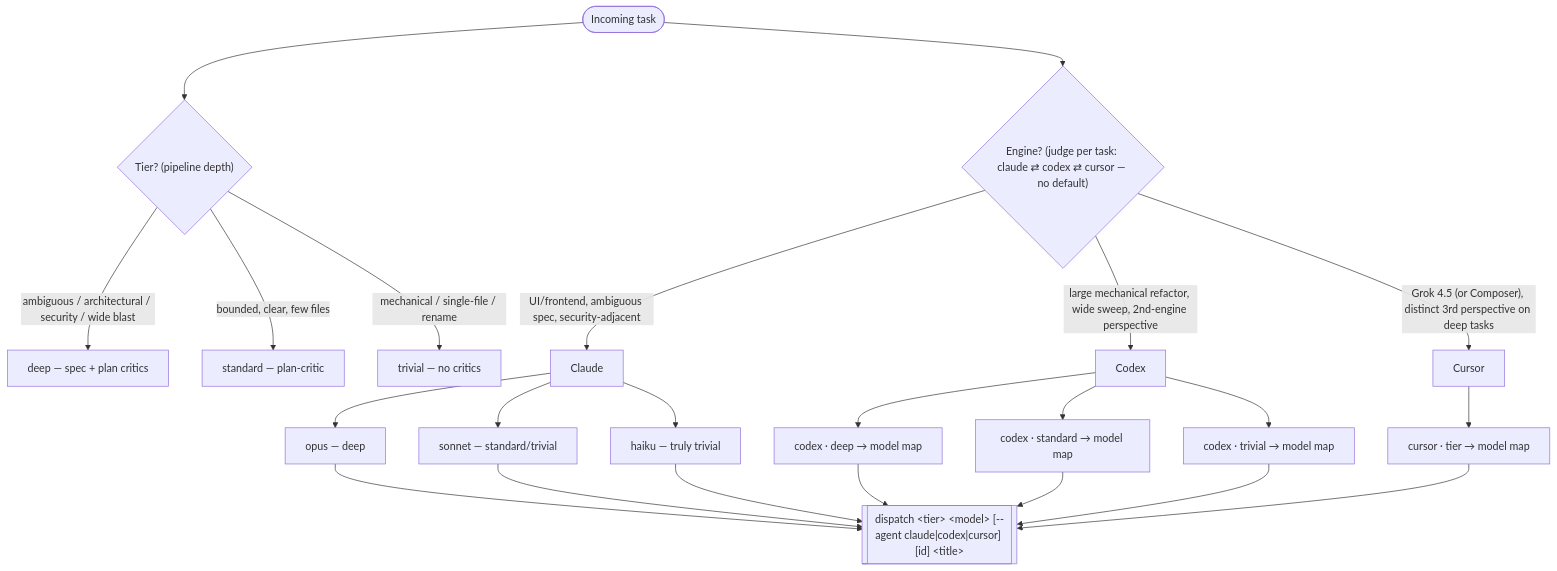
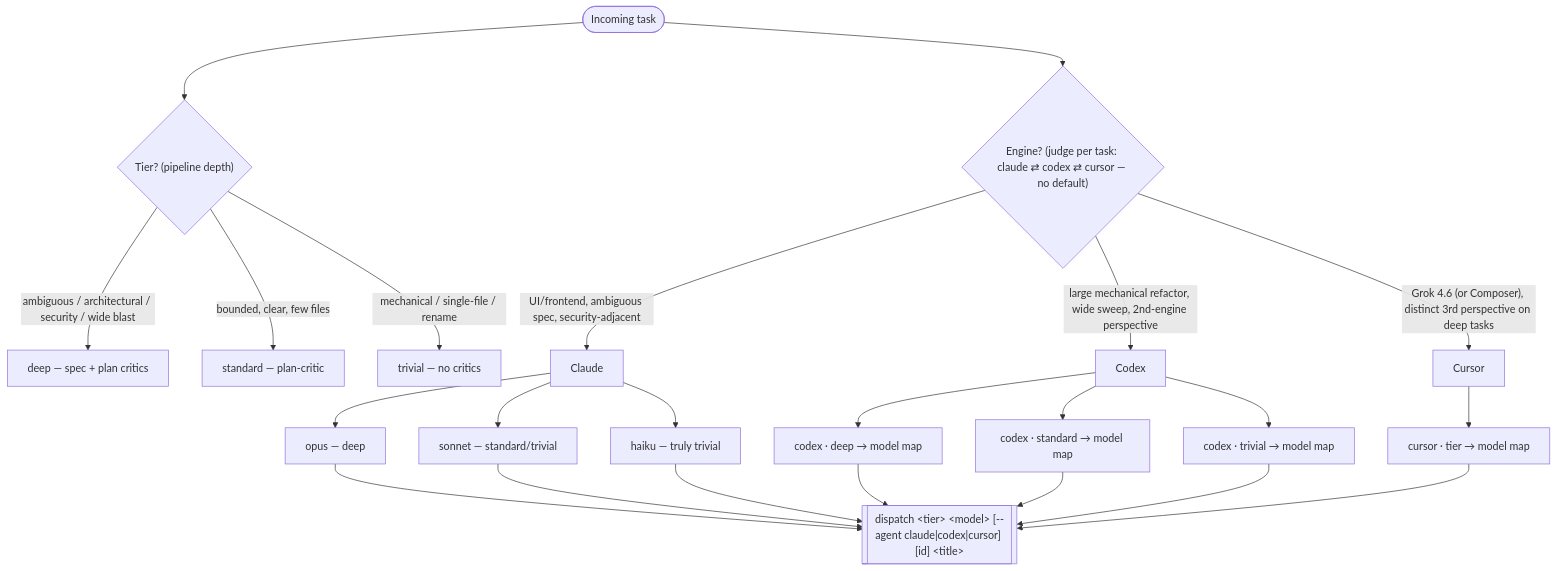
One commit to noamsto/dispatcher changed the diagram in adapters/core/protocols/dispatch-orchestration.md. Above: the diagram before and after it, drawn with Mermaid. The commit also changed other lines of this file and 11 other files, not shown here.

````diff
--- a/adapters/core/protocols/dispatch-orchestration.md
+++ b/adapters/core/protocols/dispatch-orchestration.md
@@ -5,29 +5,29 @@
 ```mermaid
 flowchart TD
     T(["Incoming task"]) --> TIER{"Tier? (pipeline depth)"}
     T --> ENG{"Engine? (judge per task: claude ⇄ codex ⇄ cursor — no default)"}
 
     TIER -->|"ambiguous / architectural / security / wide blast"| DEEP["deep — spec + plan critics"]
     TIER -->|"bounded, clear, few files"| STD["standard — plan-critic"]
     TIER -->|"mechanical / single-file / rename"| TRIV["trivial — no critics"]
 
     ENG -->|"large mechanical refactor, wide sweep, 2nd-engine perspective"| CODEX["Codex"]
     ENG -->|"UI/frontend, ambiguous spec, security-adjacent"| CLAUDE["Claude"]
-    ENG -->|"Grok 4.5 (or Composer), distinct 3rd perspective on deep tasks"| CURSOR["Cursor"]
+    ENG -->|"Grok 4.6 (or Composer), distinct 3rd perspective on deep tasks"| CURSOR["Cursor"]
 
     CLAUDE --> OPUS["opus — deep"]
     CLAUDE --> SONNET["sonnet — standard/trivial"]
     CLAUDE --> HAIKU["haiku — truly trivial"]
     CODEX --> GH["codex · deep → model map"]
     CODEX --> GM["codex · standard → model map"]
     CODEX --> GL["codex · trivial → model map"]
     CURSOR --> CU["cursor · tier → model map"]
 
     OPUS --> D[["dispatch &lt;tier&gt; &lt;model&gt; [--agent claude|codex|cursor] [id] &lt;title&gt;"]]
     SONNET --> D
     HAIKU --> D
     GH --> D
     GM --> D
     GL --> D
     CU --> D
 ```
````
